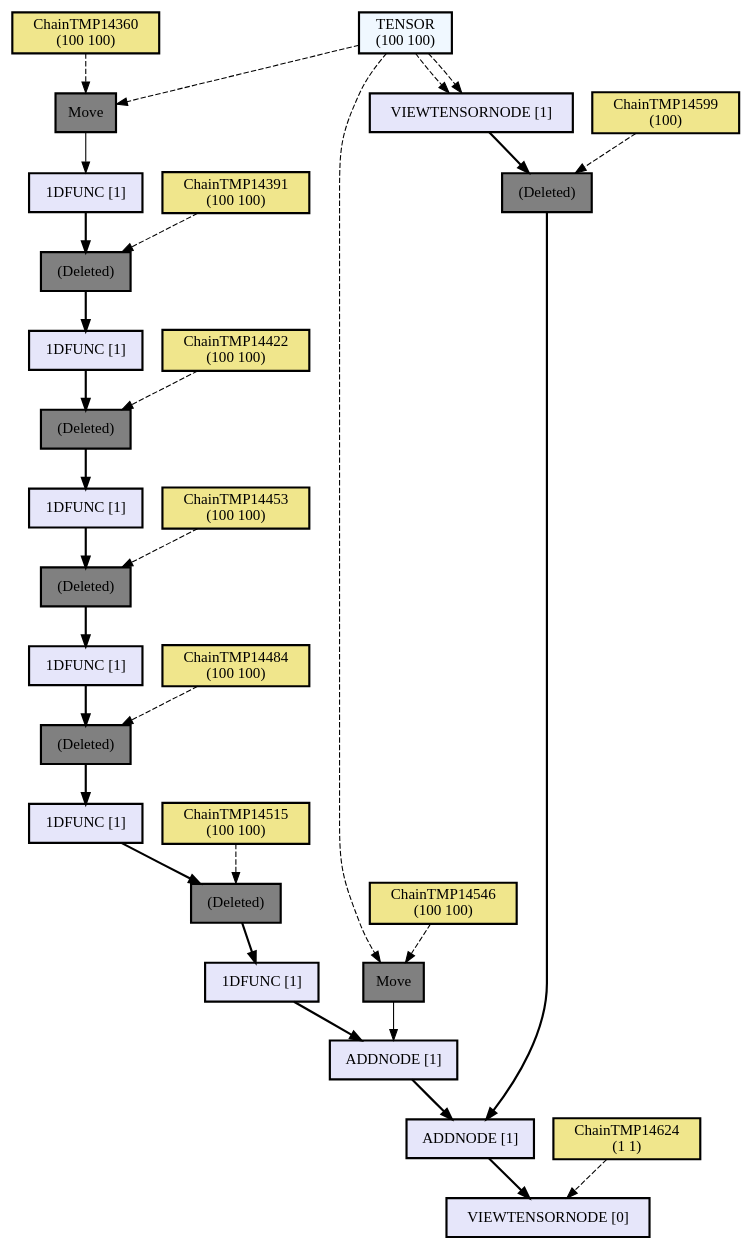
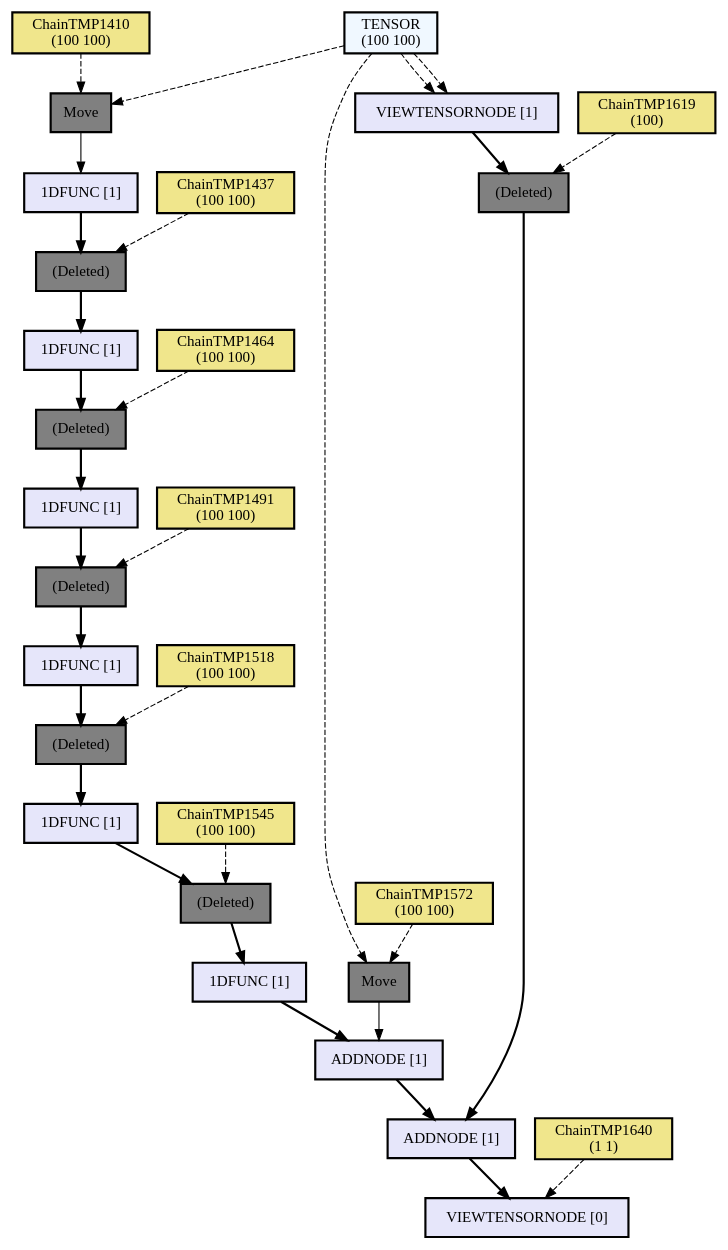
The diagram in assets/out3.dot (hikettei/cl-waffe2), drawn with Graphviz before and after one commit. The commit also changed 3 other files, not shown here.

```diff
--- a/assets/out3.dot
+++ b/assets/out3.dot
@@ -1,77 +1,77 @@
 digraph computation_node {
   node[shape="box" style="filled" color="black" penwidth="2"];
   TENSOR [label = "TENSOR
 (100 100)" fillcolor="#f0f8ff" style="filled, solid"];
-  ChainTMP14360 [label = "ChainTMP14360
+  ChainTMP1410 [label = "ChainTMP1410
 (100 100)" fillcolor="#f0e68c" style="filled, solid"];
-  NODE14713 [label = "Move" fillcolor="gray" style="filled, solid"];
-  NODE14712 [label = "1DFUNC [1]" fillcolor="#e6e6fa" style="filled, solid"];
-  ChainTMP14391 [label = "ChainTMP14391
+  NODE1696 [label = "Move" fillcolor="gray" style="filled, solid"];
+  NODE1695 [label = "1DFUNC [1]" fillcolor="#e6e6fa" style="filled, solid"];
+  ChainTMP1437 [label = "ChainTMP1437
 (100 100)" fillcolor="#f0e68c" style="filled, solid"];
-  NODE14710 [label = "(Deleted)" fillcolor="gray" style="filled, solid"];
-  NODE14709 [label = "1DFUNC [1]" fillcolor="#e6e6fa" style="filled, solid"];
-  ChainTMP14422 [label = "ChainTMP14422
+  NODE1693 [label = "(Deleted)" fillcolor="gray" style="filled, solid"];
+  NODE1692 [label = "1DFUNC [1]" fillcolor="#e6e6fa" style="filled, solid"];
+  ChainTMP1464 [label = "ChainTMP1464
 (100 100)" fillcolor="#f0e68c" style="filled, solid"];
-  NODE14707 [label = "(Deleted)" fillcolor="gray" style="filled, solid"];
-  NODE14706 [label = "1DFUNC [1]" fillcolor="#e6e6fa" style="filled, solid"];
-  ChainTMP14453 [label = "ChainTMP14453
+  NODE1690 [label = "(Deleted)" fillcolor="gray" style="filled, solid"];
+  NODE1689 [label = "1DFUNC [1]" fillcolor="#e6e6fa" style="filled, solid"];
+  ChainTMP1491 [label = "ChainTMP1491
 (100 100)" fillcolor="#f0e68c" style="filled, solid"];
-  NODE14704 [label = "(Deleted)" fillcolor="gray" style="filled, solid"];
-  NODE14703 [label = "1DFUNC [1]" fillcolor="#e6e6fa" style="filled, solid"];
-  ChainTMP14484 [label = "ChainTMP14484
+  NODE1687 [label = "(Deleted)" fillcolor="gray" style="filled, solid"];
+  NODE1686 [label = "1DFUNC [1]" fillcolor="#e6e6fa" style="filled, solid"];
+  ChainTMP1518 [label = "ChainTMP1518
 (100 100)" fillcolor="#f0e68c" style="filled, solid"];
-  NODE14701 [label = "(Deleted)" fillcolor="gray" style="filled, solid"];
-  NODE14700 [label = "1DFUNC [1]" fillcolor="#e6e6fa" style="filled, solid"];
-  ChainTMP14515 [label = "ChainTMP14515
+  NODE1684 [label = "(Deleted)" fillcolor="gray" style="filled, solid"];
+  NODE1683 [label = "1DFUNC [1]" fillcolor="#e6e6fa" style="filled, solid"];
+  ChainTMP1545 [label = "ChainTMP1545
 (100 100)" fillcolor="#f0e68c" style="filled, solid"];
-  NODE14698 [label = "(Deleted)" fillcolor="gray" style="filled, solid"];
-  NODE14697 [label = "1DFUNC [1]" fillcolor="#e6e6fa" style="filled, solid"];
+  NODE1681 [label = "(Deleted)" fillcolor="gray" style="filled, solid"];
+  NODE1680 [label = "1DFUNC [1]" fillcolor="#e6e6fa" style="filled, solid"];
   TENSOR [label = "TENSOR
 (100 100)" fillcolor="#f0f8ff" style="filled, solid"];
-  ChainTMP14546 [label = "ChainTMP14546
+  ChainTMP1572 [label = "ChainTMP1572
 (100 100)" fillcolor="#f0e68c" style="filled, solid"];
-  NODE14694 [label = "Move" fillcolor="gray" style="filled, solid"];
-  NODE14693 [label = "ADDNODE [1]" fillcolor="#e6e6fa" style="filled, solid"];
+  NODE1677 [label = "Move" fillcolor="gray" style="filled, solid"];
+  NODE1676 [label = "ADDNODE [1]" fillcolor="#e6e6fa" style="filled, solid"];
   TENSOR [label = "TENSOR
 (1 1)" fillcolor="#f0f8ff" style="filled, solid"];
   TENSOR [label = "TENSOR
 (100 100)" fillcolor="#f0f8ff" style="filled, solid"];
-  NODE14690 [label = "VIEWTENSORNODE [1]" fillcolor="#e6e6fa" style="filled, solid"];
-  ChainTMP14599 [label = "ChainTMP14599
+  NODE1673 [label = "VIEWTENSORNODE [1]" fillcolor="#e6e6fa" style="filled, solid"];
+  ChainTMP1619 [label = "ChainTMP1619
 (100)" fillcolor="#f0e68c" style="filled, solid"];
-  NODE14688 [label = "(Deleted)" fillcolor="gray" style="filled, solid"];
-  NODE14687 [label = "ADDNODE [1]" fillcolor="#e6e6fa" style="filled, solid"];
-  ChainTMP14624 [label = "ChainTMP14624
+  NODE1671 [label = "(Deleted)" fillcolor="gray" style="filled, solid"];
+  NODE1670 [label = "ADDNODE [1]" fillcolor="#e6e6fa" style="filled, solid"];
+  ChainTMP1640 [label = "ChainTMP1640
 (1 1)" fillcolor="#f0e68c" style="filled, solid"];
-  NODE14685 [label = "VIEWTENSORNODE [0]" fillcolor="#e6e6fa" style="filled, solid"];
-  ChainTMP14624 -> NODE14685[style="dashed"];
-  NODE14687 -> NODE14685[penwidth="2"];
-  NODE14688 -> NODE14687[penwidth="2"];
-  ChainTMP14599 -> NODE14688[style="dashed"];
-  NODE14690 -> NODE14688[penwidth="2"];
-  TENSOR -> NODE14690[style="dashed"];
-  TENSOR -> NODE14690[style="dashed"];
-  NODE14693 -> NODE14687[penwidth="2"];
-  NODE14694 -> NODE14693[weight=10];
-  ChainTMP14546 -> NODE14694[style="dashed"];
-  TENSOR -> NODE14694[style="dashed"];
-  NODE14697 -> NODE14693[penwidth="2"];
-  NODE14698 -> NODE14697[penwidth="2"];
-  ChainTMP14515 -> NODE14698[style="dashed"];
-  NODE14700 -> NODE14698[penwidth="2"];
-  NODE14701 -> NODE14700[penwidth="2"];
-  ChainTMP14484 -> NODE14701[style="dashed"];
-  NODE14703 -> NODE14701[penwidth="2"];
-  NODE14704 -> NODE14703[penwidth="2"];
-  ChainTMP14453 -> NODE14704[style="dashed"];
-  NODE14706 -> NODE14704[penwidth="2"];
-  NODE14707 -> NODE14706[penwidth="2"];
-  ChainTMP14422 -> NODE14707[style="dashed"];
-  NODE14709 -> NODE14707[penwidth="2"];
-  NODE14710 -> NODE14709[penwidth="2"];
-  ChainTMP14391 -> NODE14710[style="dashed"];
-  NODE14712 -> NODE14710[penwidth="2"];
-  NODE14713 -> NODE14712[weight=10];
-  ChainTMP14360 -> NODE14713[style="dashed"];
-  TENSOR -> NODE14713[style="dashed"];
+  NODE1668 [label = "VIEWTENSORNODE [0]" fillcolor="#e6e6fa" style="filled, solid"];
+  ChainTMP1640 -> NODE1668[style="dashed"];
+  NODE1670 -> NODE1668[penwidth="2"];
+  NODE1671 -> NODE1670[penwidth="2"];
+  ChainTMP1619 -> NODE1671[style="dashed"];
+  NODE1673 -> NODE1671[penwidth="2"];
+  TENSOR -> NODE1673[style="dashed"];
+  TENSOR -> NODE1673[style="dashed"];
+  NODE1676 -> NODE1670[penwidth="2"];
+  NODE1677 -> NODE1676[weight=10];
+  ChainTMP1572 -> NODE1677[style="dashed"];
+  TENSOR -> NODE1677[style="dashed"];
+  NODE1680 -> NODE1676[penwidth="2"];
+  NODE1681 -> NODE1680[penwidth="2"];
+  ChainTMP1545 -> NODE1681[style="dashed"];
+  NODE1683 -> NODE1681[penwidth="2"];
+  NODE1684 -> NODE1683[penwidth="2"];
+  ChainTMP1518 -> NODE1684[style="dashed"];
+  NODE1686 -> NODE1684[penwidth="2"];
+  NODE1687 -> NODE1686[penwidth="2"];
+  ChainTMP1491 -> NODE1687[style="dashed"];
+  NODE1689 -> NODE1687[penwidth="2"];
+  NODE1690 -> NODE1689[penwidth="2"];
+  ChainTMP1464 -> NODE1690[style="dashed"];
+  NODE1692 -> NODE1690[penwidth="2"];
+  NODE1693 -> NODE1692[penwidth="2"];
+  ChainTMP1437 -> NODE1693[style="dashed"];
+  NODE1695 -> NODE1693[penwidth="2"];
+  NODE1696 -> NODE1695[weight=10];
+  ChainTMP1410 -> NODE1696[style="dashed"];
+  TENSOR -> NODE1696[style="dashed"];
 }
```
